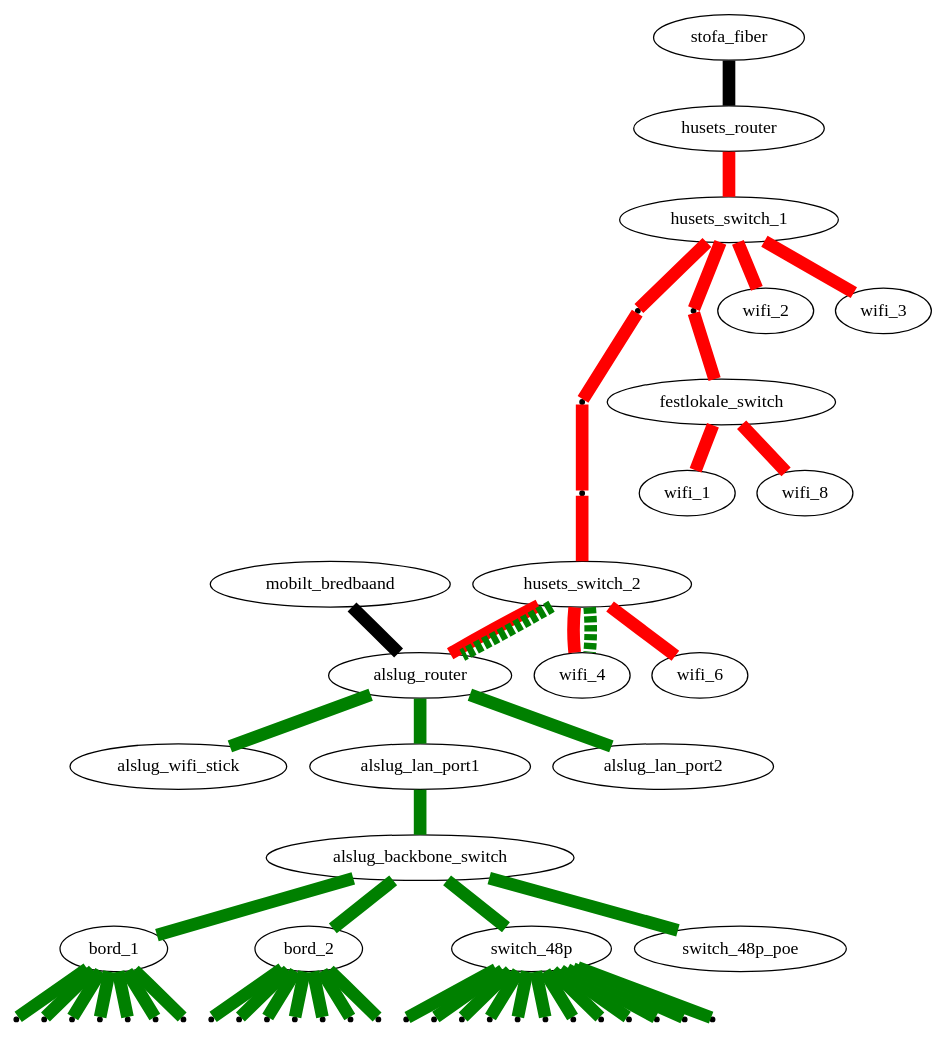
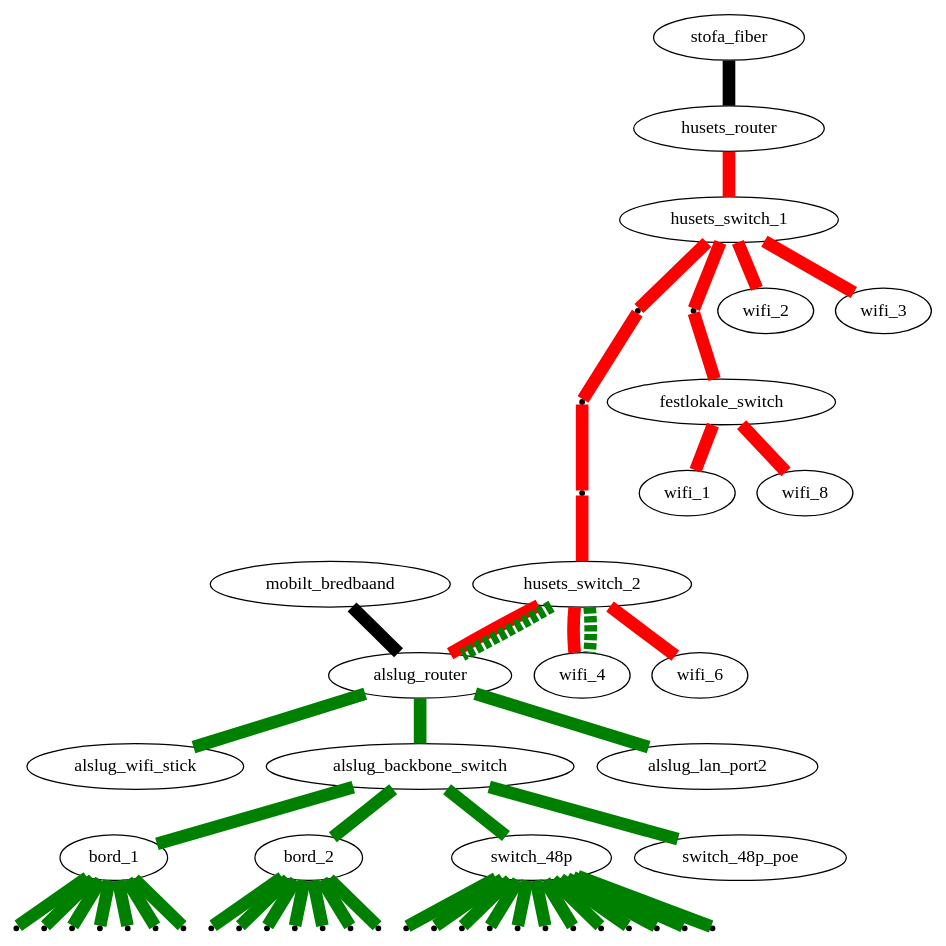
One commit to alslug/alslug.dk changed the diagram in projekter/network.dot. Above: the diagram before and after it, drawn with Graphviz.

```diff
--- a/projekter/network.dot
+++ b/projekter/network.dot
@@ -1,31 +1,31 @@
 digraph xxx {
   link_12a [ shape=point ];
   link_12b [ shape=point ];
   link_12c [ shape=point ];
   link_1fa [ shape=point ];
   edge [ dir=none penwidth=10 ];
   
   // Internet forbindelser
   stofa_fiber      -> husets_router [ fillcolor=black style=filled ];
   mobilt_bredbaand -> alslug_router [ fillcolor=black style=filled ];
   
   // Husets forbindelser
   edge  [ color=red style=solid ];
   husets_router -> husets_switch_1 -> { wifi_2 wifi_3 };
   husets_switch_1 -> link_12a -> link_12b -> link_12c -> husets_switch_2 -> { wifi_4 wifi_6 alslug_router};
   husets_switch_1 -> link_1fa -> festlokale_switch -> { wifi_1 wifi_8 };
 
   // VLAN forbindelser over bakkensbros netværk
   edge  [ color=green style=dashed ];
   husets_switch_2 -> { alslug_router wifi_4 };
   
   // Interne forbindelser
   edge [ color=green style=solid ];
-  alslug_router -> { alslug_wifi_stick alslug_lan_port1 alslug_lan_port2 };
-  alslug_lan_port1 -> alslug_backbone_switch -> { bord_1 bord_2 switch_48p switch_48p_poe }
+  alslug_router -> { alslug_wifi_stick alslug_backbone_switch alslug_lan_port2 };
+  alslug_backbone_switch -> { bord_1 bord_2 switch_48p switch_48p_poe }
   
   node [ shape=point ];
   bord_1 -> { bord_1_1 bord_1_2 bord_1_3 bord_1_4 bord_1_5 bord_1_6 bord_1_7 }
   bord_2 -> { bord_2_1 bord_2_2 bord_2_3 bord_2_4 bord_2_5 bord_2_6 bord_2_7 }
   switch_48p -> { switch_48p_1 switch_48p_2 switch_48p_3 switch_48p_4 switch_48p_5 switch_48p_6 switch_48p_7 switch_48p_8 switch_48p_9 switch_48p_10 switch_48p_11 switch_48p_12 }
 }
```
